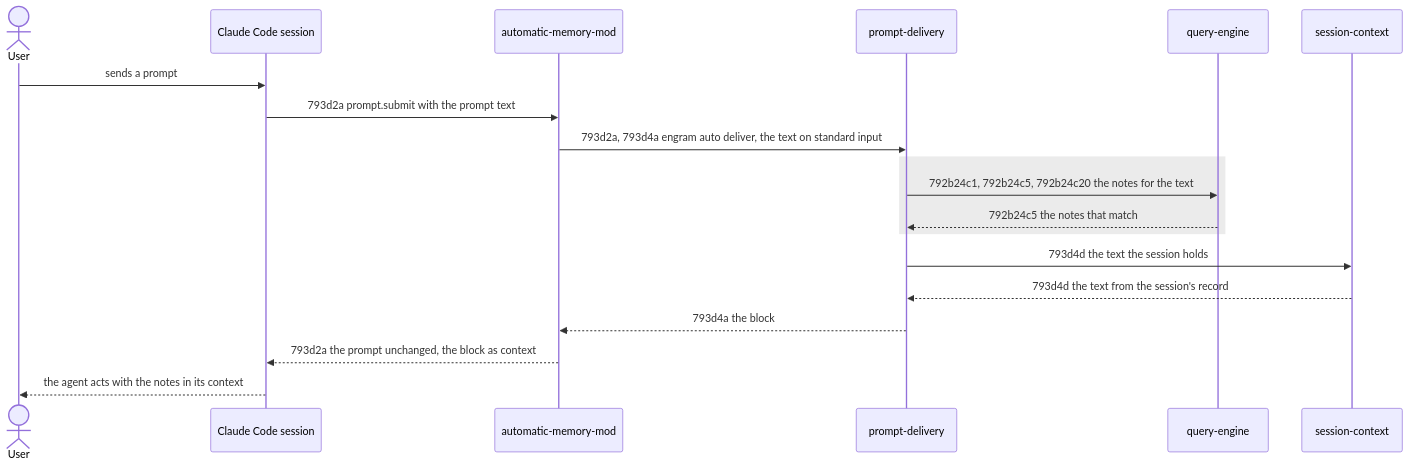
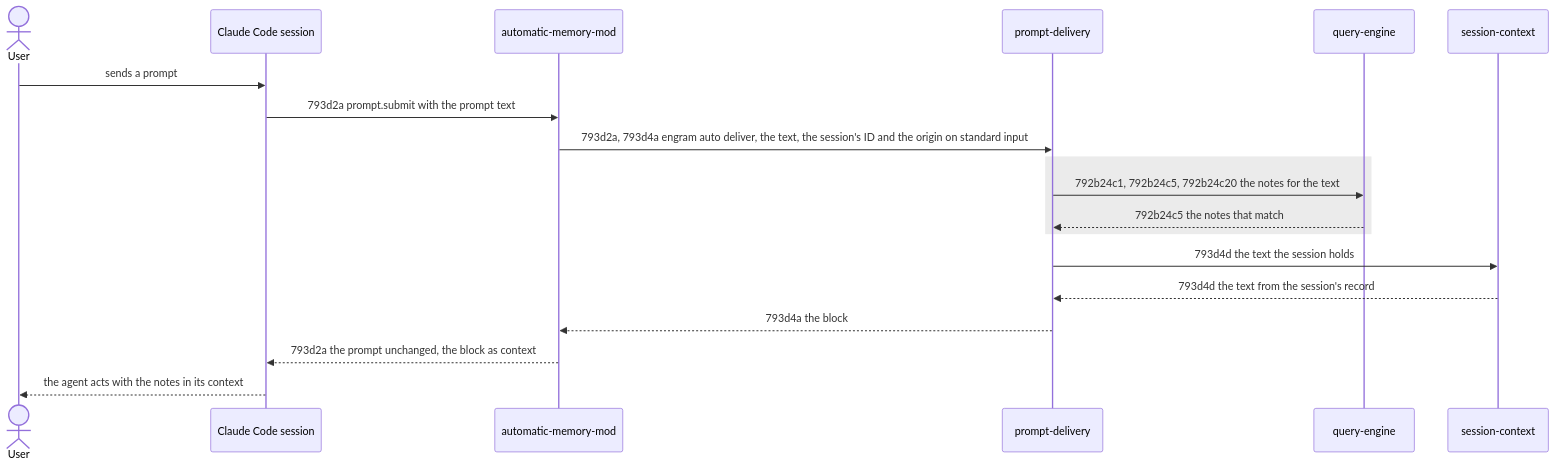
One commit to toejough/engram changed the first of 2 diagrams in docs/changes/793_automatic-memory/793d_technical-spec.md. Above: the diagram before and after it, drawn with Mermaid. The commit also changed other lines of this file and 1 other file, not shown here.

First line of the commit message:
docs(793d,e): the origin of a prompt, the turns of a subagent, and the scenario of the clause about the sessions of its own

````diff
--- a/docs/changes/793_automatic-memory/793d_technical-spec.md
+++ b/docs/changes/793_automatic-memory/793d_technical-spec.md
@@ -59,22 +59,22 @@
 ```mermaid
 sequenceDiagram
     actor User
     participant Session as Claude Code session
     participant Mod as automatic-memory-mod
     participant Delivery as prompt-delivery
     participant Engine as query-engine
     participant Context as session-context
 
     User->>Session: sends a prompt
     Session->>Mod: 793d2a prompt.submit with the prompt text
-    Mod->>Delivery: 793d2a, 793d4a engram auto deliver, the text on standard input
+    Mod->>Delivery: 793d2a, 793d4a engram auto deliver, the text, the session's ID and the origin on standard input
     rect rgb(235, 235, 235)
         Delivery->>Engine: 792b24c1, 792b24c5, 792b24c20 the notes for the text
         Engine-->>Delivery: 792b24c5 the notes that match
     end
     Delivery->>Context: 793d4d the text the session holds
     Context-->>Delivery: 793d4d the text from the session's record
     Delivery-->>Mod: 793d4a the block
     Mod-->>Session: 793d2a the prompt unchanged, the block as context
     Session-->>User: the agent acts with the notes in its context
 ```
````
